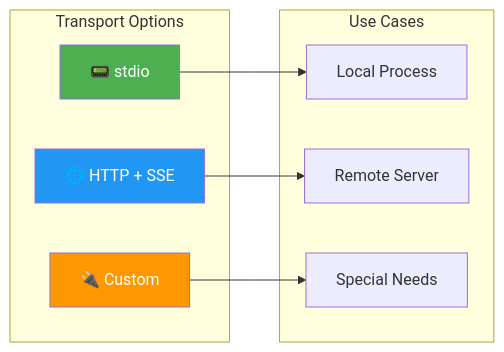
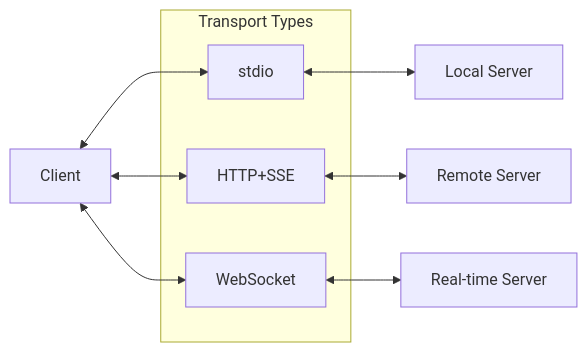
One commit to felipepimentel/my-public-notes changed the eighth of 19 diagrams in AI/Comunicação/MCP/00-mcp-presentation-zero to hero.md. Above: the diagram before and after it, drawn with Mermaid. The commit also changed other lines of this file, not shown here.

````diff
--- a/AI/Comunicação/MCP/00-mcp-presentation-zero to hero.md
+++ b/AI/Comunicação/MCP/00-mcp-presentation-zero to hero.md
@@ -267,22 +180,12 @@
 ```mermaid
 graph LR
-    subgraph "Transport Options"
-        T1[📟 stdio]
-        T2[🌐 HTTP + SSE]
-        T3[🔌 Custom]
+    subgraph "Transport Types"
+        T1[stdio]
+        T2[HTTP+SSE]
+        T3[WebSocket]
     end
     
-    subgraph "Use Cases"
-        U1[Local Process]
-        U2[Remote Server]
-        U3[Special Needs]
-    end
-    
-    T1 --> U1
-    T2 --> U2
-    T3 --> U3
-    
-    style T1 fill:#4CAF50,color:#fff
-    style T2 fill:#2196F3,color:#fff
-    style T3 fill:#FF9800,color:#fff
+    Client <--> T1 <--> Server1[Local Server]
+    Client <--> T2 <--> Server2[Remote Server]
+    Client <--> T3 <--> Server3[Real-time Server]
 ```
````
